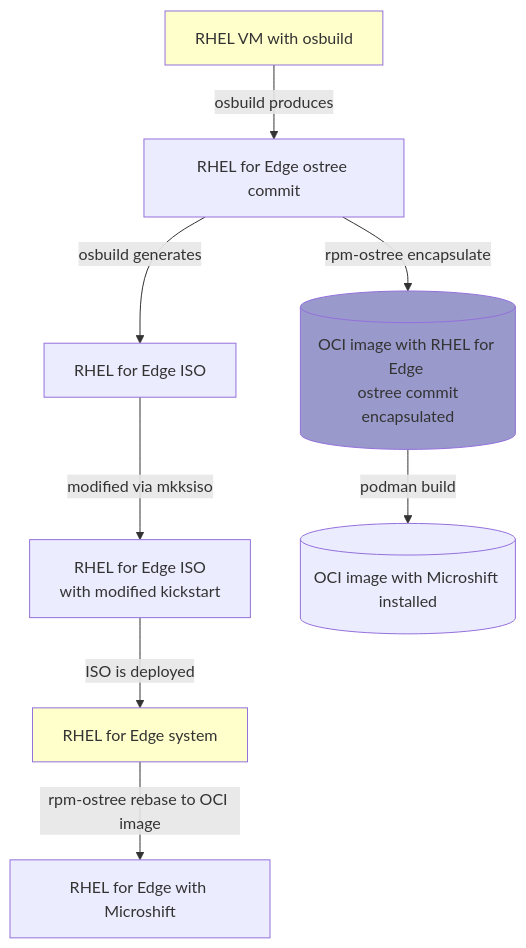
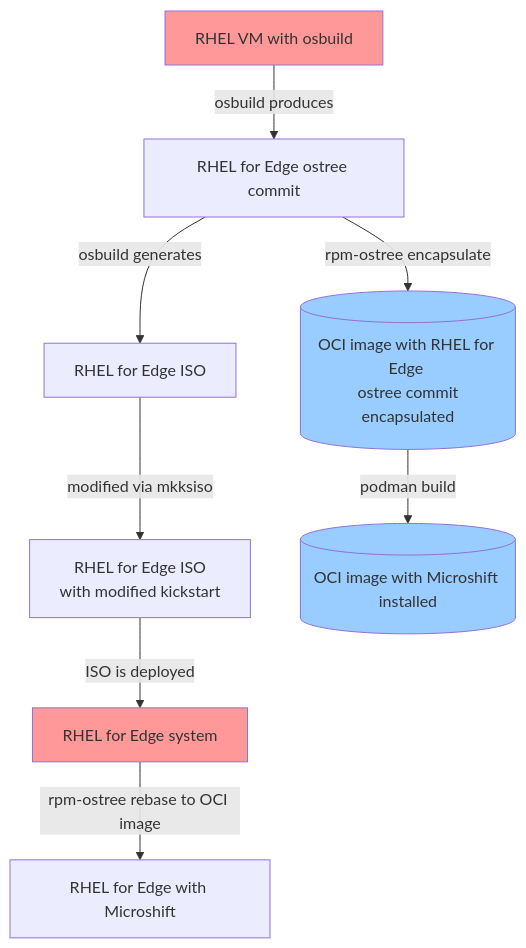
The diagram in README.md (miabbott/r4e-microshift-demo), drawn with Mermaid before and after one commit.

Commit message:
fix color styling

````diff
--- a/README.md
+++ b/README.md
@@ -15,16 +15,16 @@
 ```mermaid
 flowchart TD;
   id1[RHEL VM with osbuild]-->|osbuild produces|id2[RHEL for Edge ostree commit];
   id2-->|osbuild generates|id3[RHEL for Edge ISO];
   id3-->|modified via mkksiso|id4[RHEL for Edge ISO <br/> with modified kickstart];
   id4-->|ISO is deployed|id5[RHEL for Edge system];
   id2-->|rpm-ostree encapsulate|id6[(OCI image with RHEL for Edge <br/> ostree commit encapsulated)];
   id6-->|podman build|id7[(OCI image with Microshift installed)];
   id5-->|rpm-ostree rebase to OCI image|id8[RHEL for Edge with Microshift];
 
-  classDef vm fill:#ffc
-  classDef ctr fill:#99c
+  classDef vm fill:#ff9999
+  classDef ctr fill:#99ccff
 
   class id1,id5 vm
-  class id6,id6 ctr
+  class id6,id7 ctr
 ```
````
